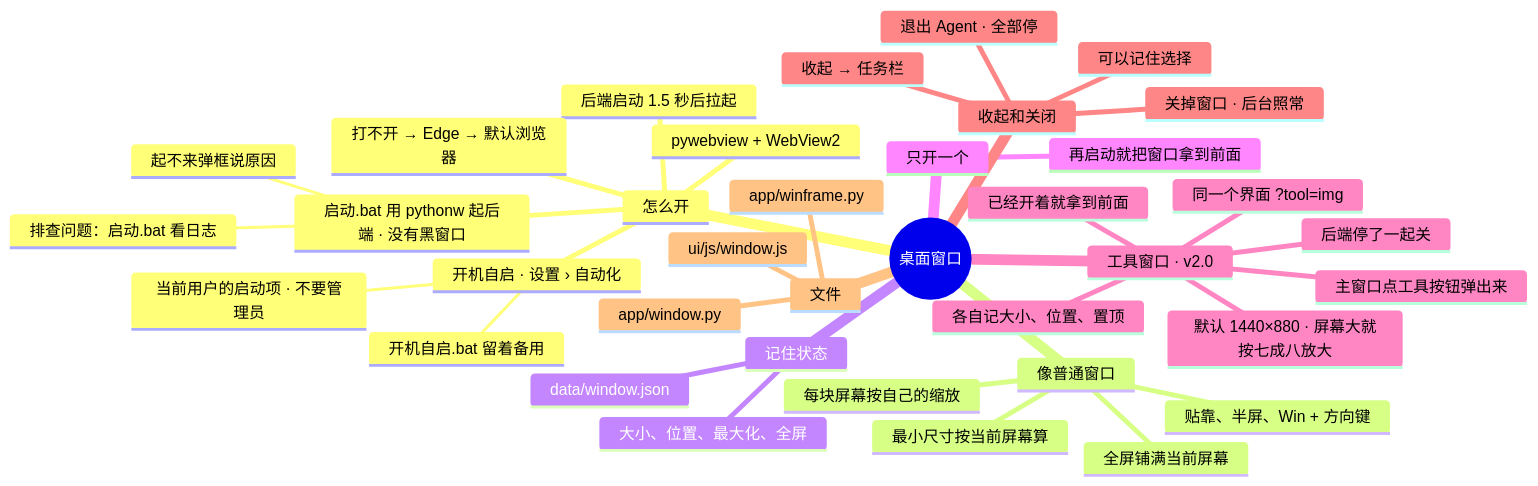
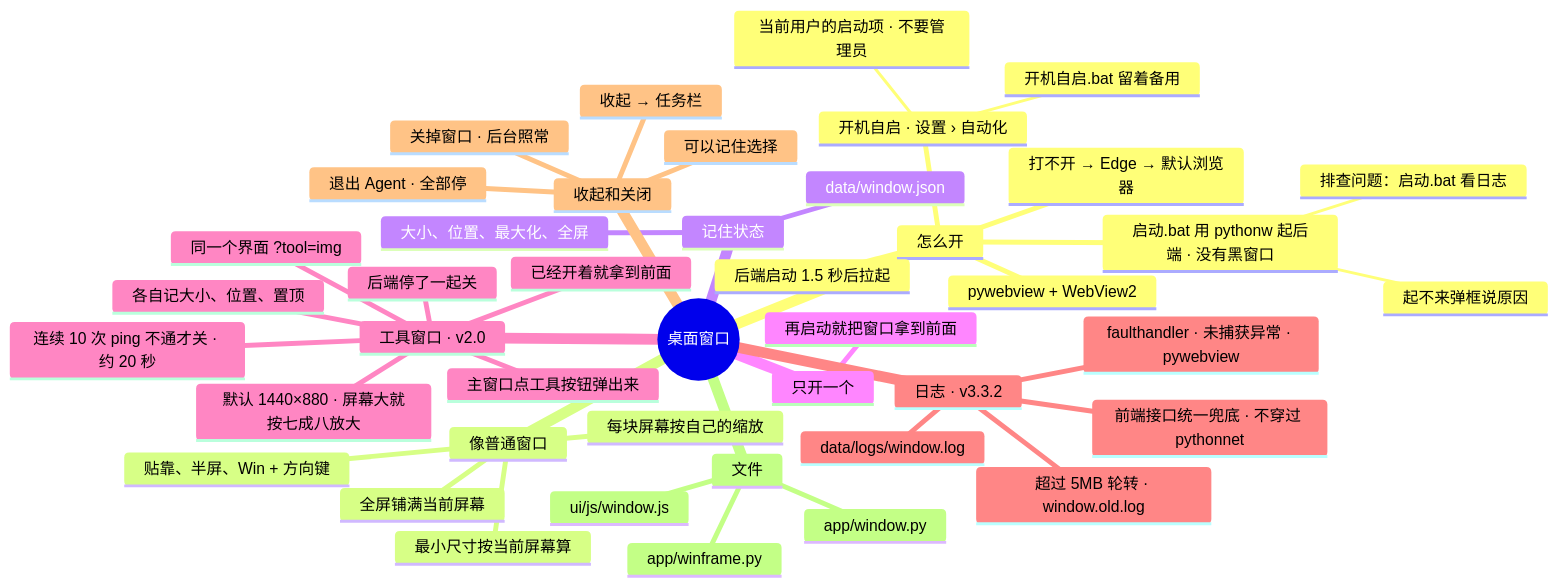
The diagram in docs/AI文档/架构/13-桌面窗口.md (lql-076/Experiment-Agent-One), drawn with Mermaid before and after one commit. The commit also changed other lines of this file and 72 other files, not shown here.

````diff
--- a/docs/AI文档/架构/13-桌面窗口.md
+++ b/docs/AI文档/架构/13-桌面窗口.md
@@ -9,40 +9,46 @@
 ```mermaid
 mindmap
   root((桌面窗口))
     怎么开
       启动.bat 用 pythonw 起后端 · 没有黑窗口
         起不来弹框说原因
         排查问题：启动.bat 看日志
       后端启动 1.5 秒后拉起
       pywebview + WebView2
       打不开 → Edge → 默认浏览器
       开机自启 · 设置 › 自动化
         当前用户的启动项 · 不要管理员
         开机自启.bat 留着备用
     像普通窗口
       贴靠、半屏、Win + 方向键
       每块屏幕按自己的缩放
       最小尺寸按当前屏幕算
       全屏铺满当前屏幕
     记住状态
       大小、位置、最大化、全屏
       data/window.json
     只开一个
       再启动就把窗口拿到前面
     工具窗口 · v2.0
       主窗口点工具按钮弹出来
       同一个界面 ?tool=img
       已经开着就拿到前面
       各自记大小、位置、置顶
       默认 1440×880 · 屏幕大就按七成八放大
       后端停了一起关
+      连续 10 次 ping 不通才关 · 约 20 秒
+    日志 · v3.3.2
+      data/logs/window.log
+      超过 5MB 轮转 · window.old.log
+      faulthandler · 未捕获异常 · pywebview
+      前端接口统一兜底 · 不穿过 pythonnet
     收起和关闭
       收起 → 任务栏
       关掉窗口 · 后台照常
       退出 Agent · 全部停
       可以记住选择
     文件
       app/window.py
       app/winframe.py
       ui/js/window.js
 ```
````
